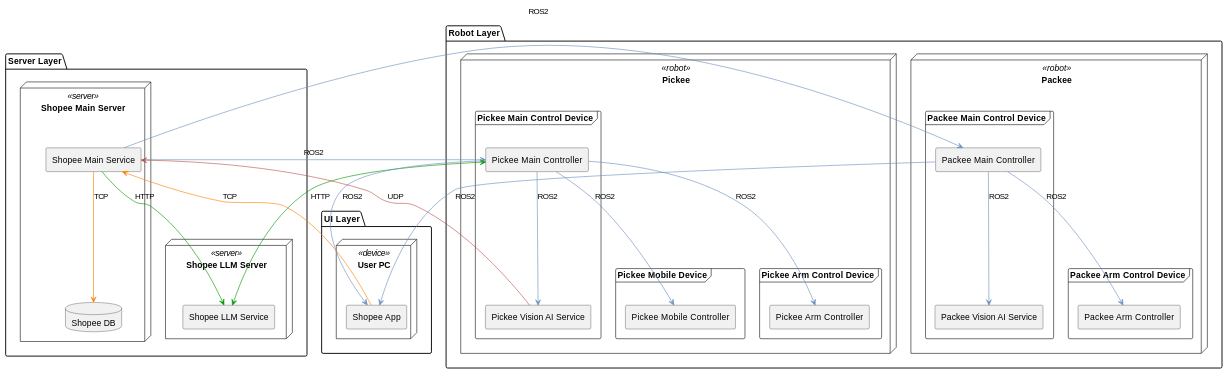
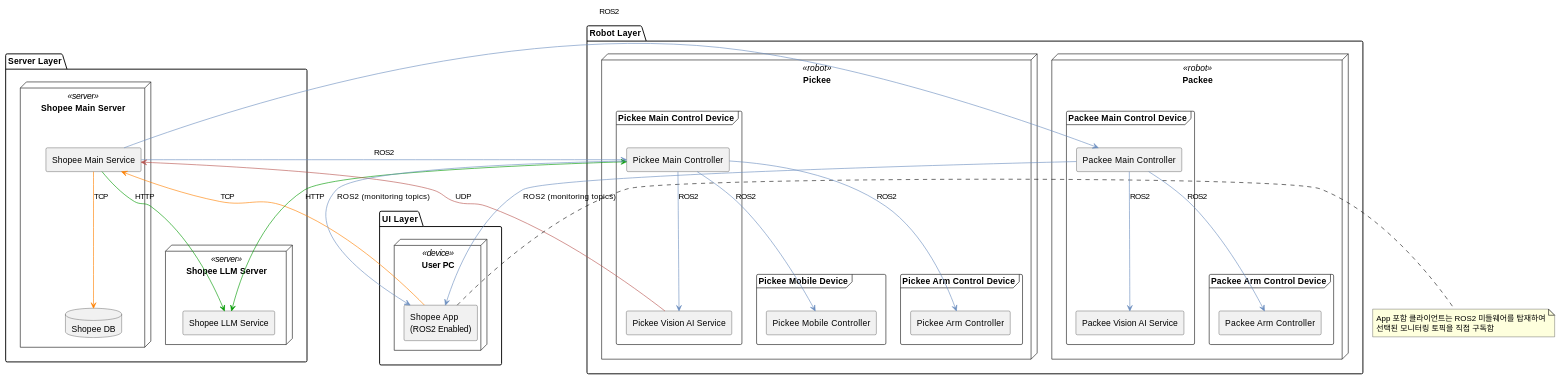
The diagram in docs/Architecture/SWArchitecture.md (addinedu-roscamp-7th/roscamp-repo-1), drawn with PlantUML before and after one commit. The commit also changed 12 other files, not shown here.

````diff
--- a/docs/Architecture/SWArchitecture.md
+++ b/docs/Architecture/SWArchitecture.md
@@ -1,77 +1,82 @@
 ```plantuml
 @startuml Software Architecture
 
 skinparam backgroundColor #FFFFFF
 skinparam componentStyle rectangle
 
 ' UI Layer
 package "UI Layer" {
     node "User PC" <<device>> {
-        component [Shopee App] as ShopeeApp
+        component [Shopee App\n(ROS2 Enabled)] as ShopeeApp
     }
 }
 
 ' Server Layer
 package "Server Layer" {
     node "Shopee Main Server" <<server>> {
         component [Shopee Main Service] as MainService
         database "Shopee DB" as DB
     }
     
     node "Shopee LLM Server" <<server>> {
         component [Shopee LLM Service] as LLMService
     }
 }
 
 ' Robot Layer - Pickee
 package "Robot Layer" {
     node "Pickee" <<robot>> {
         frame "Pickee Main Control Device" {
             component [Pickee Main Controller] as PickeeMainCtrl
             component [Pickee Vision AI Service] as PickeeVision
         }
         
         frame "Pickee Mobile Device" {
             component [Pickee Mobile Controller] as PickeeMobile
         }
         
         frame "Pickee Arm Control Device" {
             component [Pickee Arm Controller] as PickeeArm
         }
     }
     
     ' Robot Layer - Packee
     node "Packee" <<robot>> {
         frame "Packee Main Control Device" {
             component [Packee Main Controller] as PackeeMainCtrl
             component [Packee Vision AI Service] as PackeeVision
         }
         
         frame "Packee Arm Control Device" {
             component [Packee Arm Controller] as PackeeArm
         }
     }
 }
 
 ' Connections
 ShopeeApp -[#FF8000]-> MainService : TCP
 MainService -[#FF8000]-> DB : TCP
 MainService -[#009900]-> LLMService : HTTP
 MainService -[#6c8ebf]-> PickeeMainCtrl : ROS2
 MainService -[#6c8ebf]-> PackeeMainCtrl : ROS2
 PickeeMainCtrl <-[#009900]-> LLMService : HTTP
 PickeeVision -[#b85450]-> MainService : UDP
-PickeeMainCtrl -[#6c8ebf]-> ShopeeApp : ROS2
-PackeeMainCtrl -[#6c8ebf]-> ShopeeApp : ROS2
+PickeeMainCtrl -[#6c8ebf]-> ShopeeApp : ROS2 (monitoring topics)
+PackeeMainCtrl -[#6c8ebf]-> ShopeeApp : ROS2 (monitoring topics)
+
+note right of ShopeeApp
+  App 포함 클라이언트는 ROS2 미들웨어를 탑재하여
+  선택된 모니터링 토픽을 직접 구독함
+end note
 
 ' Pickee Internal Connections
 PickeeMainCtrl -[#6c8ebf]-> PickeeVision : ROS2
 PickeeMainCtrl -[#6c8ebf]-> PickeeMobile : ROS2
 PickeeMainCtrl -[#6c8ebf]-> PickeeArm : ROS2
 
 ' Packee Internal Connections
 PackeeMainCtrl -[#6c8ebf]-> PackeeVision : ROS2
 PackeeMainCtrl -[#6c8ebf]-> PackeeArm : ROS2
 
 @enduml
 ```
````
